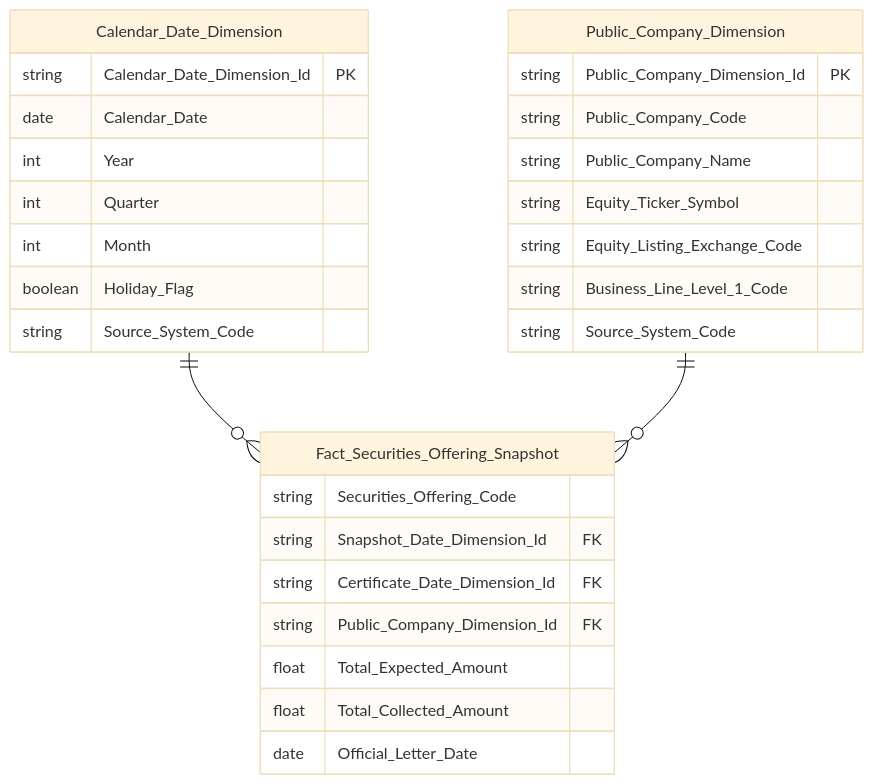
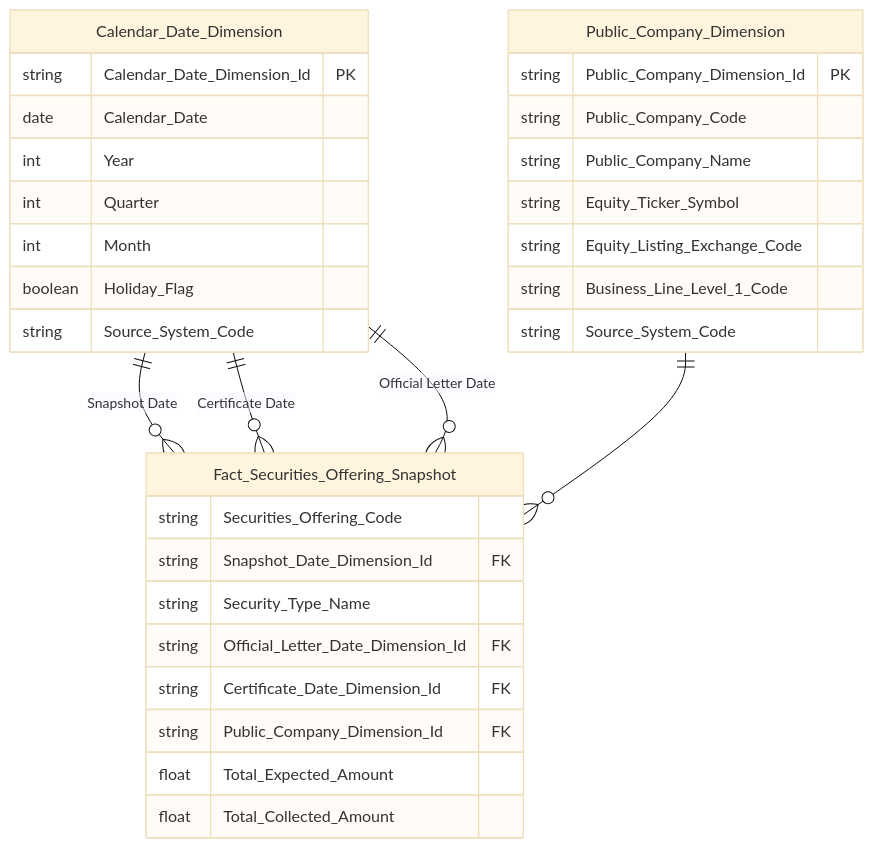
One commit to linhlvit/ubck_atomic_design changed the seventh of 23 diagrams in Datamart/hld/DTM_QLCB_HLD.md. Above: the diagram before and after it, drawn with Mermaid (base theme). The commit also changed other lines of this file and 15 other files, not shown here.

Commit message:
feat(qlcb): dong bo thiet ke QLCB theo code dbt dev dot 1 (O_QLCB_28) — them fct_securities_offering_detail_snpst cho Nhom 4, cap nhat 3 Fact Offering/Plan/Result, offering_method_dim va dong bo HLD, LLD, flat table, model, kpi_index

````diff
--- a/Datamart/hld/DTM_QLCB_HLD.md
+++ b/Datamart/hld/DTM_QLCB_HLD.md
@@ -335,33 +388,36 @@
 ```mermaid
 erDiagram
     Calendar_Date_Dimension {
         string Calendar_Date_Dimension_Id PK
         date Calendar_Date
         int Year
         int Quarter
         int Month
         boolean Holiday_Flag
         string Source_System_Code
     }
     Public_Company_Dimension {
         string Public_Company_Dimension_Id PK
         string Public_Company_Code
         string Public_Company_Name
         string Equity_Ticker_Symbol
         string Equity_Listing_Exchange_Code
         string Business_Line_Level_1_Code
         string Source_System_Code
     }
     Fact_Securities_Offering_Snapshot {
         string Securities_Offering_Code
         string Snapshot_Date_Dimension_Id FK
+        string Security_Type_Name
+        string Official_Letter_Date_Dimension_Id FK
         string Certificate_Date_Dimension_Id FK
         string Public_Company_Dimension_Id FK
         float Total_Expected_Amount
         float Total_Collected_Amount
-        date Official_Letter_Date
     }
 
-    Calendar_Date_Dimension ||--o{ Fact_Securities_Offering_Snapshot : " "
+    Calendar_Date_Dimension ||--o{ Fact_Securities_Offering_Snapshot : "Snapshot Date"
+    Calendar_Date_Dimension ||--o{ Fact_Securities_Offering_Snapshot : "Certificate Date"
+    Calendar_Date_Dimension ||--o{ Fact_Securities_Offering_Snapshot : "Official Letter Date"
     Public_Company_Dimension ||--o{ Fact_Securities_Offering_Snapshot : " "
 ```
````
